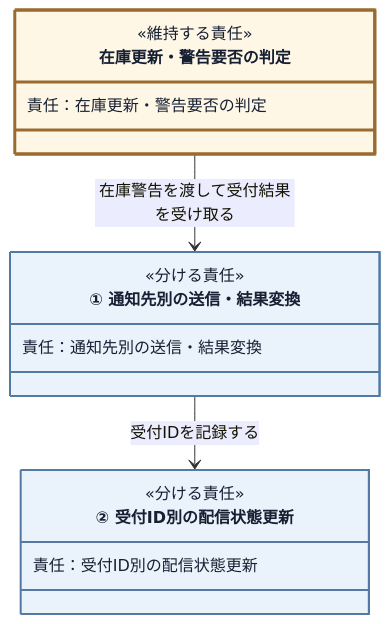
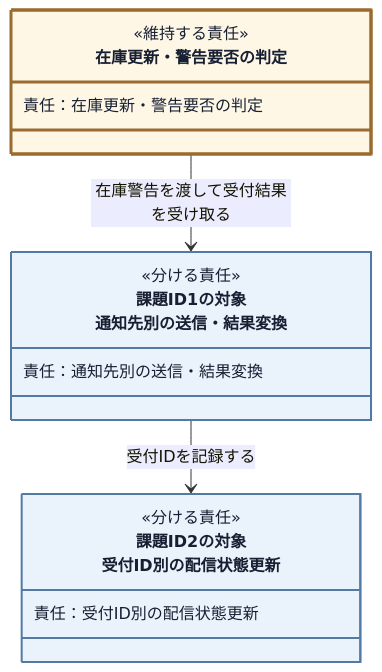
Before and after one commit to kumachan1101-pixel/DesignPattern: the ninth of 21 diagrams in kindle/design-patterns/books/volume01-core-patterns/output/05-chapter03.md, drawn with Mermaid. The commit also changed other lines of this file and 12 other files, not shown here.

````diff
--- a/kindle/design-patterns/books/volume01-core-patterns/output/05-chapter03.md
+++ b/kindle/design-patterns/books/volume01-core-patterns/output/05-chapter03.md
@@ -1477,22 +1474,22 @@
 ```mermaid
 classDiagram
     %% provisional-role-diagram
     direction TB
     class InventoryPolicy["在庫更新・警告要否の判定"]:::current {
         <<維持する責任>>
         責任：在庫更新・警告要否の判定
     }
-    class NotificationConnection["① 通知先別の送信・結果変換"]:::separated {
+    class NotificationConnection["課題ID1の対象<br>通知先別の送信・結果変換"]:::separated {
         <<分ける責任>>
         責任：通知先別の送信・結果変換
     }
-    class DeliveryTracking["② 受付ID別の配信状態更新"]:::separated {
+    class DeliveryTracking["課題ID2の対象<br>受付ID別の配信状態更新"]:::separated {
         <<分ける責任>>
         責任：受付ID別の配信状態更新
     }
     InventoryPolicy --> NotificationConnection : 在庫警告を渡して受付結果を受け取る
     NotificationConnection --> DeliveryTracking : 受付IDを記録する
 
     classDef separated fill:#eaf2fb,stroke:#527aa3,stroke-width:2px,color:#172033;
     classDef current fill:#fff7e6,stroke:#9a6b2f,stroke-width:3px,color:#172033;
 ```
````
